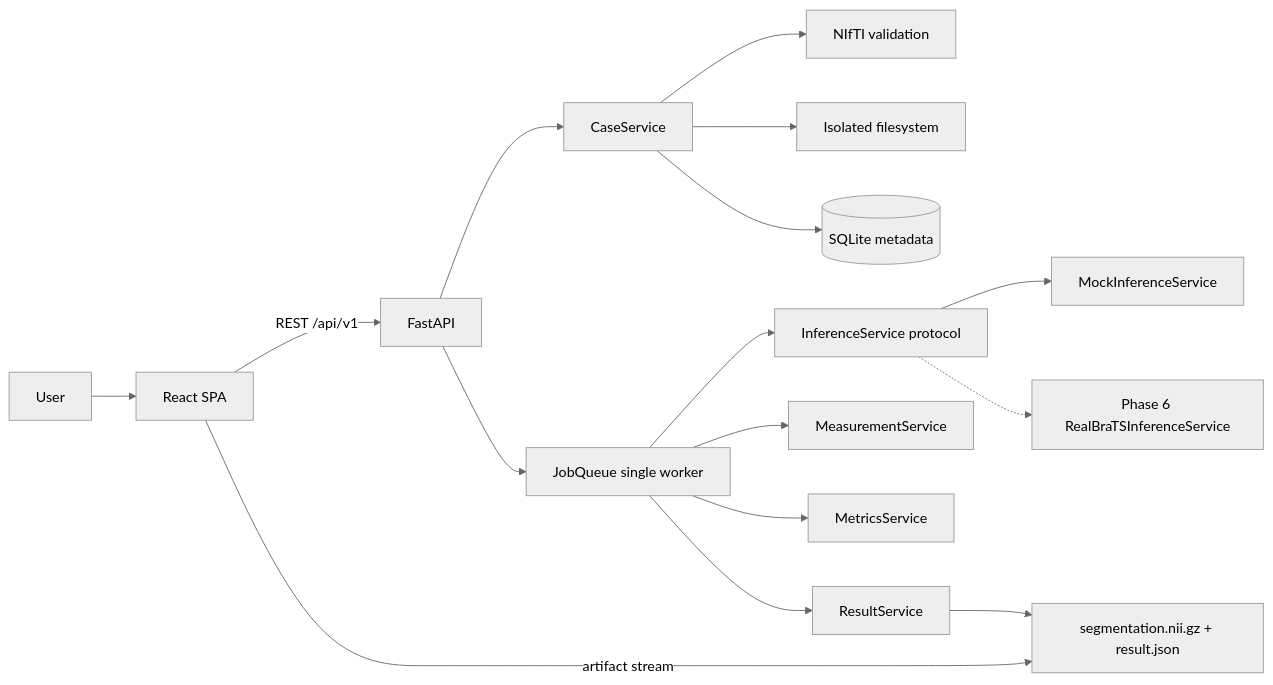
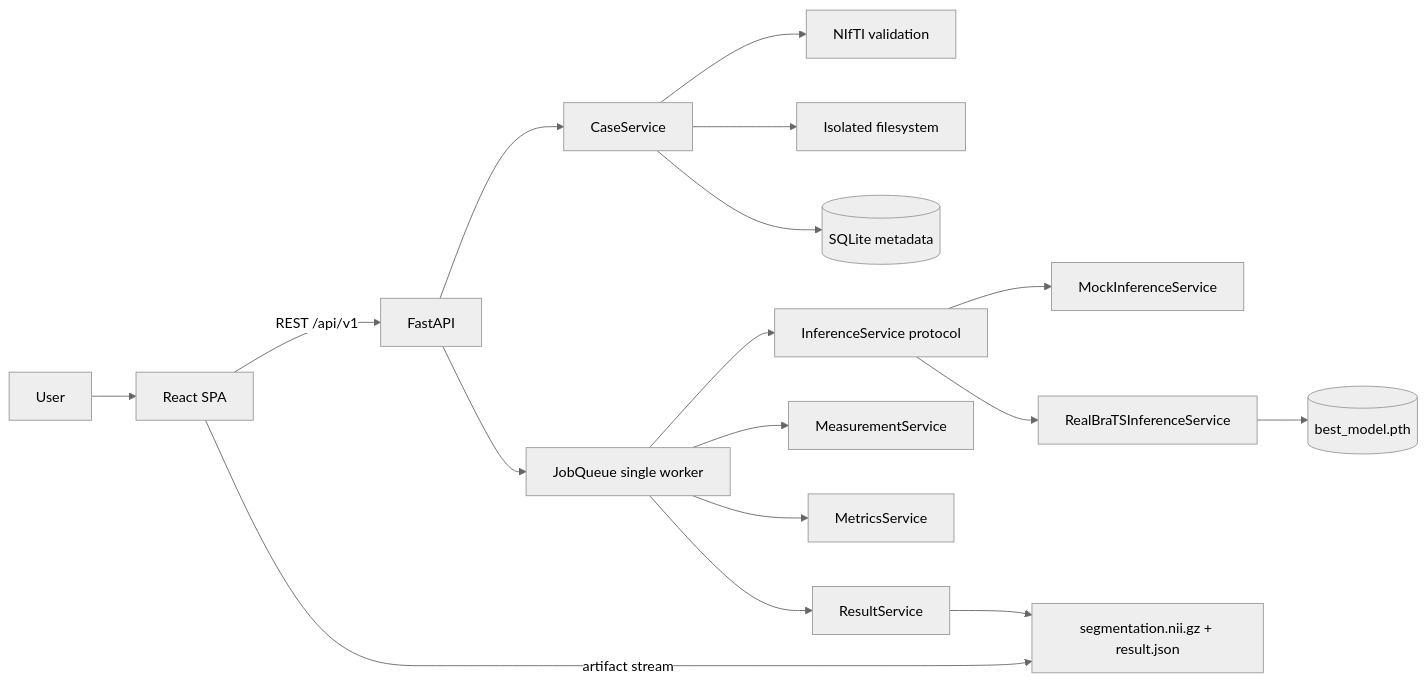
The diagram in ARCHITECTURE.md (JAGADISHSUNILPEDNEKAR/Medical_Tumor_Segmentation-Tumor_Detection), drawn with Mermaid (neutral theme) before and after one commit. The commit also changed other lines of this file, not shown here.

First line of the commit message:
docs: update ARCHITECTURE.md with Phase 6 deep learning pipeline design

````diff
--- a/ARCHITECTURE.md
+++ b/ARCHITECTURE.md
@@ -14,18 +18,19 @@
 ```mermaid
 flowchart LR
     User[User] --> FE[React SPA]
     FE -->|REST /api/v1| BE[FastAPI]
     BE --> Cases[CaseService]
     Cases --> Val[NIfTI validation]
     Cases --> Store[Isolated filesystem]
     Cases --> DB[(SQLite metadata)]
     BE --> Queue[JobQueue single worker]
     Queue --> Inf[InferenceService protocol]
     Inf --> Mock[MockInferenceService]
-    Inf -.-> Real[Phase 6 RealBraTSInferenceService]
+    Inf --> Real[RealBraTSInferenceService]
+    Real --> Ckpt[(best_model.pth)]
     Queue --> Measure[MeasurementService]
     Queue --> Metrics[MetricsService]
     Queue --> Res[ResultService]
     Res --> Artifacts[segmentation.nii.gz + result.json]
     FE -->|artifact stream| Artifacts
 ```
````
